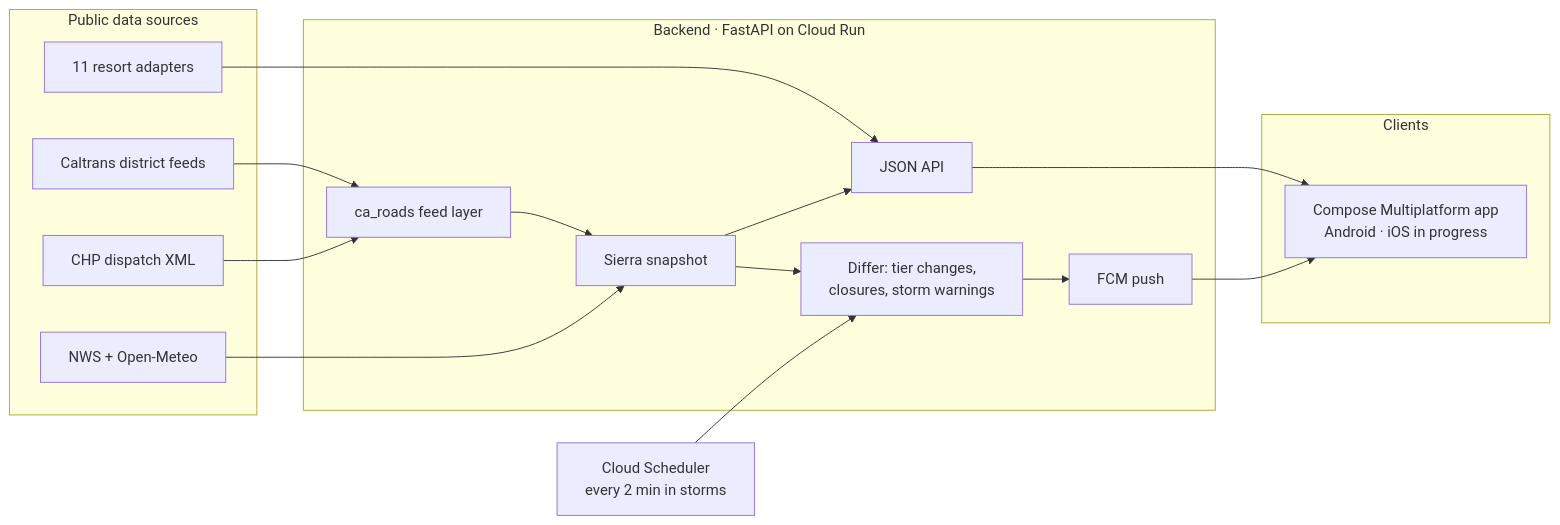
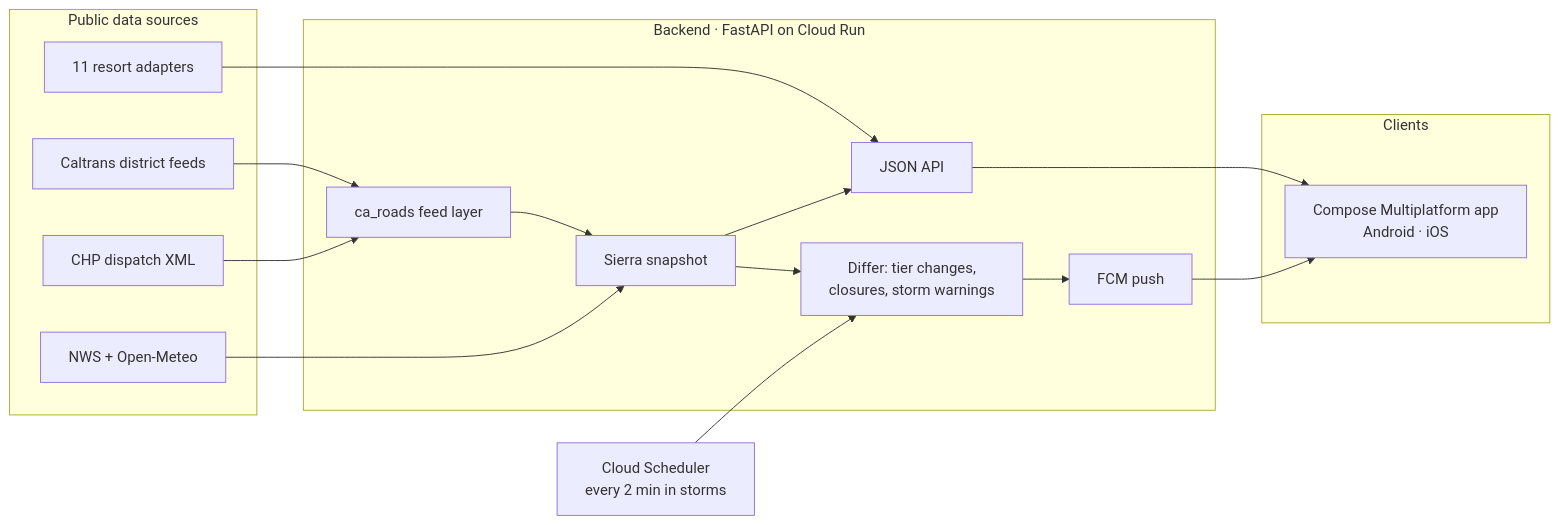
The diagram in README.md (nicglazkov/chaincheck), drawn with Mermaid before and after one commit. The commit also changed other lines of this file and 3 other files, not shown here.

````diff
--- a/README.md
+++ b/README.md
@@ -67,33 +67,33 @@
 ```mermaid
 flowchart LR
     subgraph sources["Public data sources"]
         CT["Caltrans district feeds"]
         CHP["CHP dispatch XML"]
         WX["NWS + Open-Meteo"]
         RES["11 resort adapters"]
     end
 
     subgraph backend["Backend · FastAPI on Cloud Run"]
         FEED["ca_roads feed layer"]
         SNAP["Sierra snapshot"]
         DIFF["Differ: tier changes,<br/>closures, storm warnings"]
         API["JSON API"]
         FCM["FCM push"]
     end
 
     subgraph clients["Clients"]
-        APP["Compose Multiplatform app<br/>Android · iOS in progress"]
+        APP["Compose Multiplatform app<br/>Android · iOS"]
     end
 
     CT --> FEED
     CHP --> FEED
     FEED --> SNAP
     WX --> SNAP
     RES --> API
     SNAP --> API
     SNAP --> DIFF
     SCHED["Cloud Scheduler<br/>every 2 min in storms"] --> DIFF
     DIFF --> FCM
     API --> APP
     FCM --> APP
 ```
````
